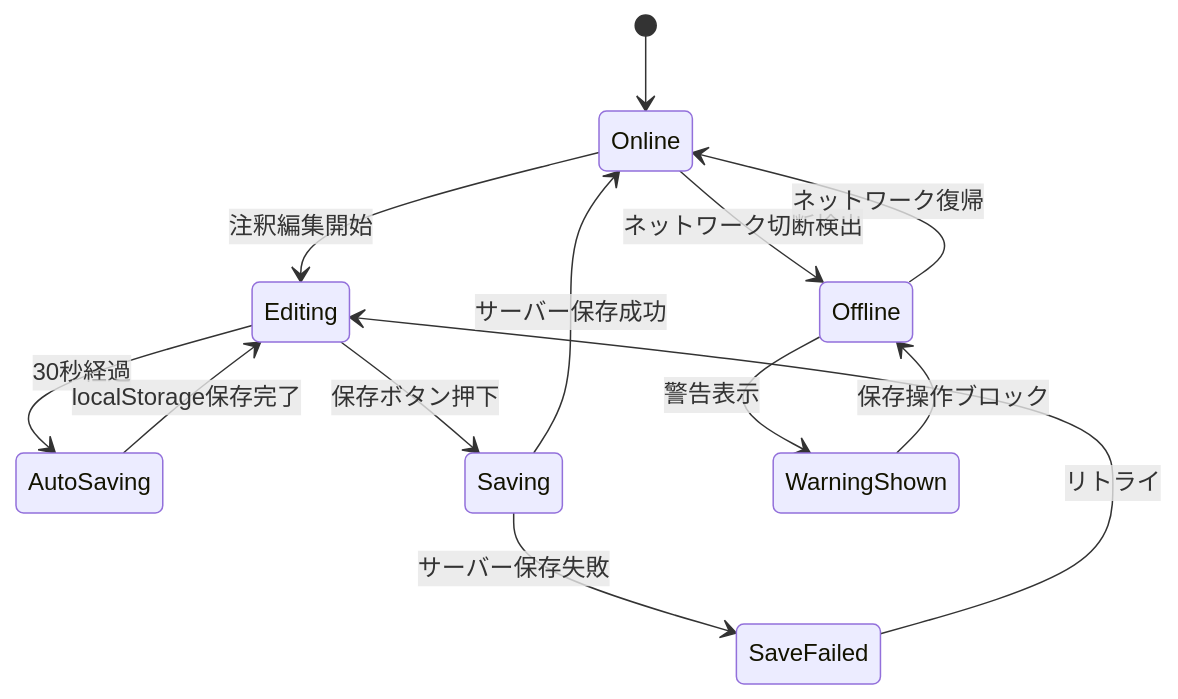
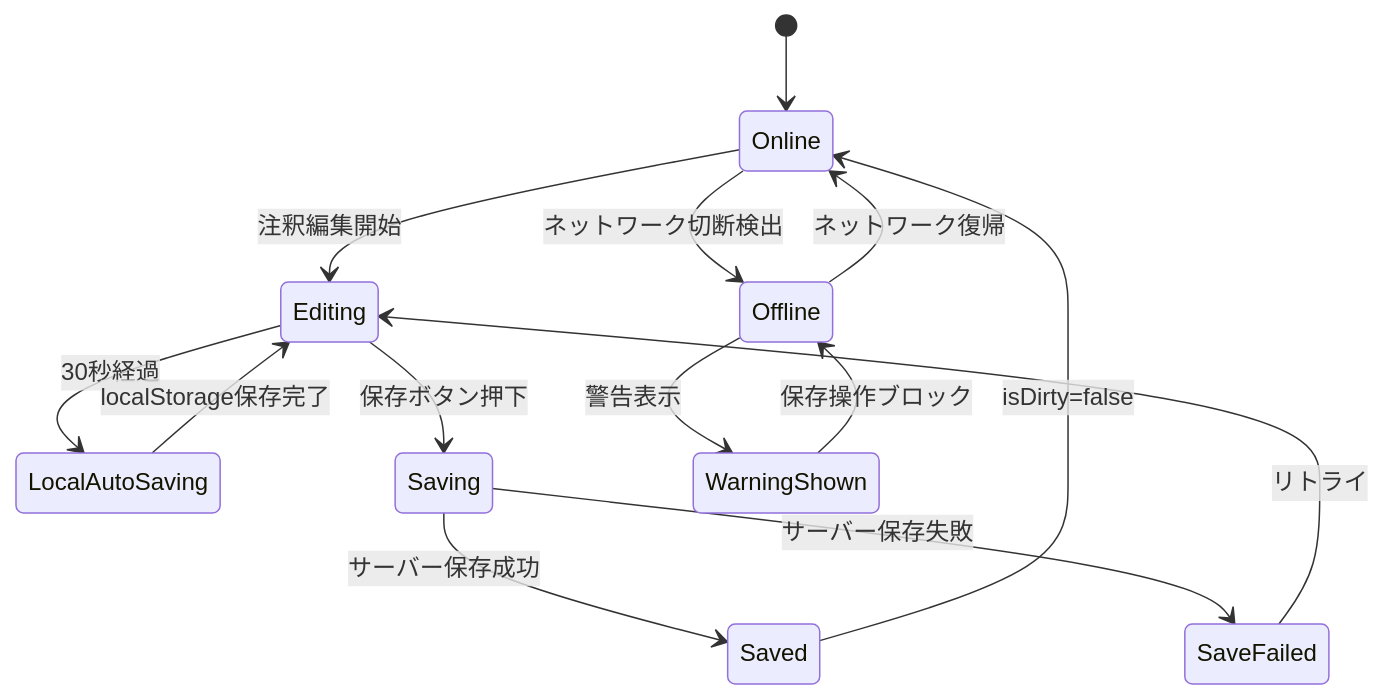
One commit to inakanou/ArchiTrack changed the fourth of 10 diagrams in .kiro/specs/site-survey/design.md. Above: the diagram before and after it, drawn with Mermaid. The commit also changed other lines of this file and 65 other files, not shown here.

````diff
--- a/.kiro/specs/site-survey/design.md
+++ b/.kiro/specs/site-survey/design.md
@@ -213,15 +232,16 @@
 ```mermaid
 stateDiagram-v2
     [*] --> Online
     Online --> Editing: 注釈編集開始
-    Editing --> AutoSaving: 30秒経過
-    AutoSaving --> Editing: localStorage保存完了
+    Editing --> LocalAutoSaving: 30秒経過
+    LocalAutoSaving --> Editing: localStorage保存完了
     Editing --> Saving: 保存ボタン押下
-    Saving --> Online: サーバー保存成功
+    Saving --> Saved: サーバー保存成功
+    Saved --> Online: isDirty=false
     Saving --> SaveFailed: サーバー保存失敗
     SaveFailed --> Editing: リトライ
     Online --> Offline: ネットワーク切断検出
     Offline --> WarningShown: 警告表示
     WarningShown --> Offline: 保存操作ブロック
     Offline --> Online: ネットワーク復帰
 ```
````
